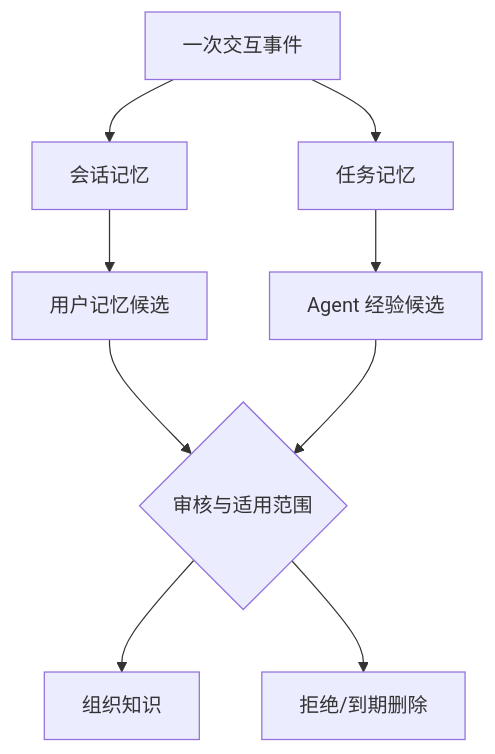
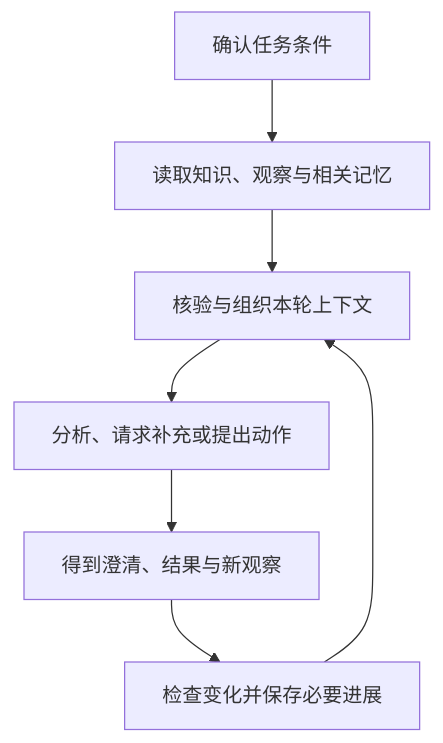
One commit to LENSHOOD/enterprise-context-book changed the diagram in book/part-2/chapter-09.md. Above: the diagram before and after it, drawn with Mermaid. The commit also changed other lines of this file and 23 other files, not shown here.

````diff
--- a/book/part-2/chapter-09.md
+++ b/book/part-2/chapter-09.md
@@ -19,11 +76,9 @@
 ```mermaid
 flowchart TB
-  E[一次交互事件] --> S[会话记忆]
-  E --> T[任务记忆]
-  S --> U[用户记忆候选]
-  T --> A[Agent 经验候选]
-  U --> G{审核与适用范围}
-  A --> G
-  G --> O[组织知识]
-  G --> X[拒绝/到期删除]
+  Q[确认任务条件] --> R[读取知识、观察与相关记忆]
+  R --> V[核验与组织本轮上下文]
+  V --> A[分析、请求补充或提出动作]
+  A --> E[得到澄清、结果与新观察]
+  E --> S[检查变化并保存必要进展]
+  S --> V
 ```
````
